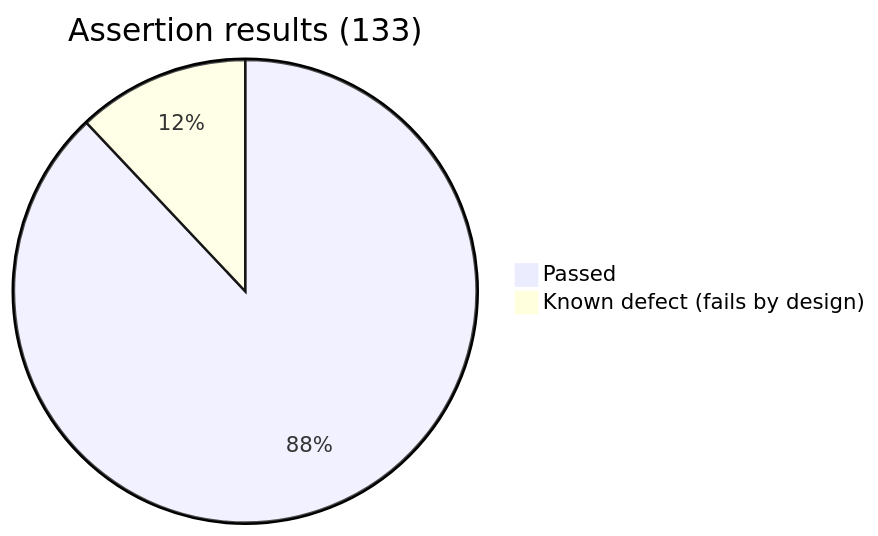
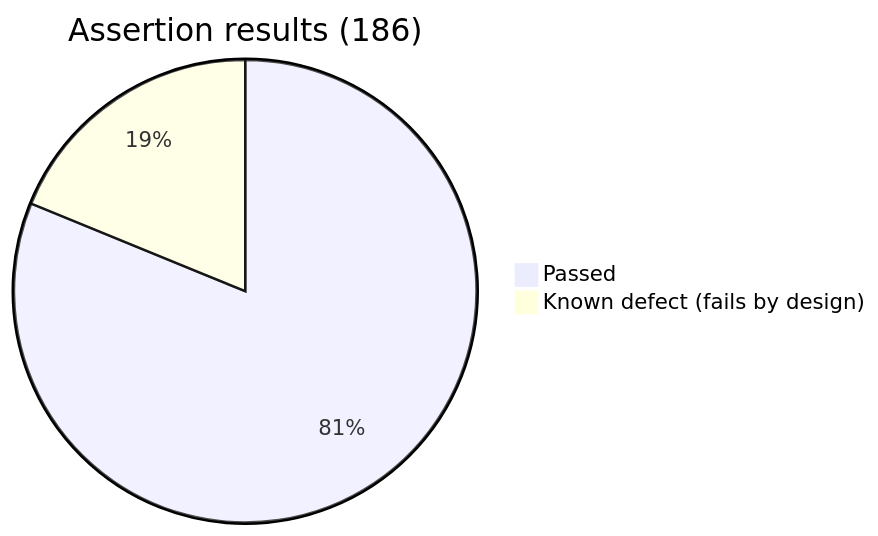
The first of 2 diagrams in api-testing/docs/test-summary-report.md (jahidulislamrihan26/sqa-portfolio), drawn with Mermaid before and after one commit. The commit also changed other lines of this file and 31 other files, not shown here.

````diff
--- a/api-testing/docs/test-summary-report.md
+++ b/api-testing/docs/test-summary-report.md
@@ -29,5 +31,5 @@
 ```mermaid
-pie title Assertion results (133)
-    "Passed" : 117
-    "Known defect (fails by design)" : 16
+pie title Assertion results (186)
+    "Passed" : 151
+    "Known defect (fails by design)" : 35
 ```
````
